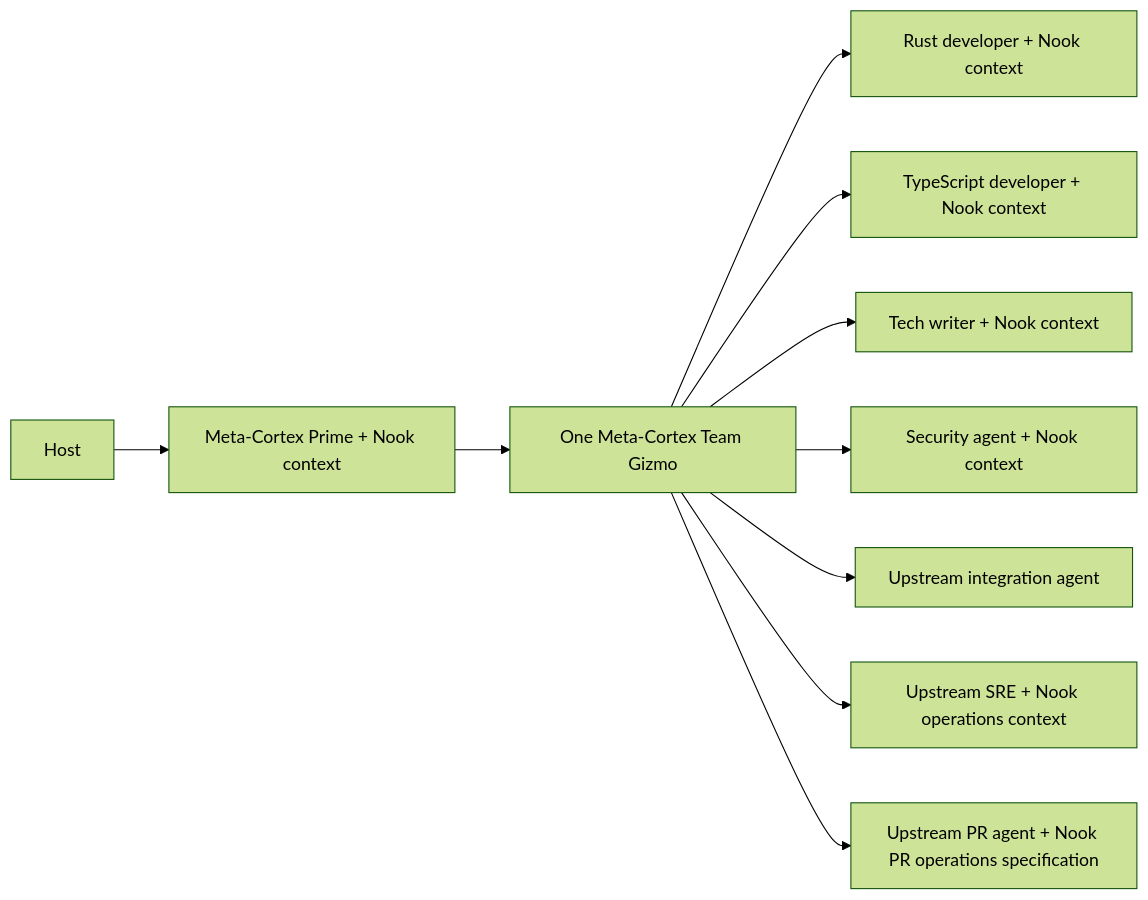
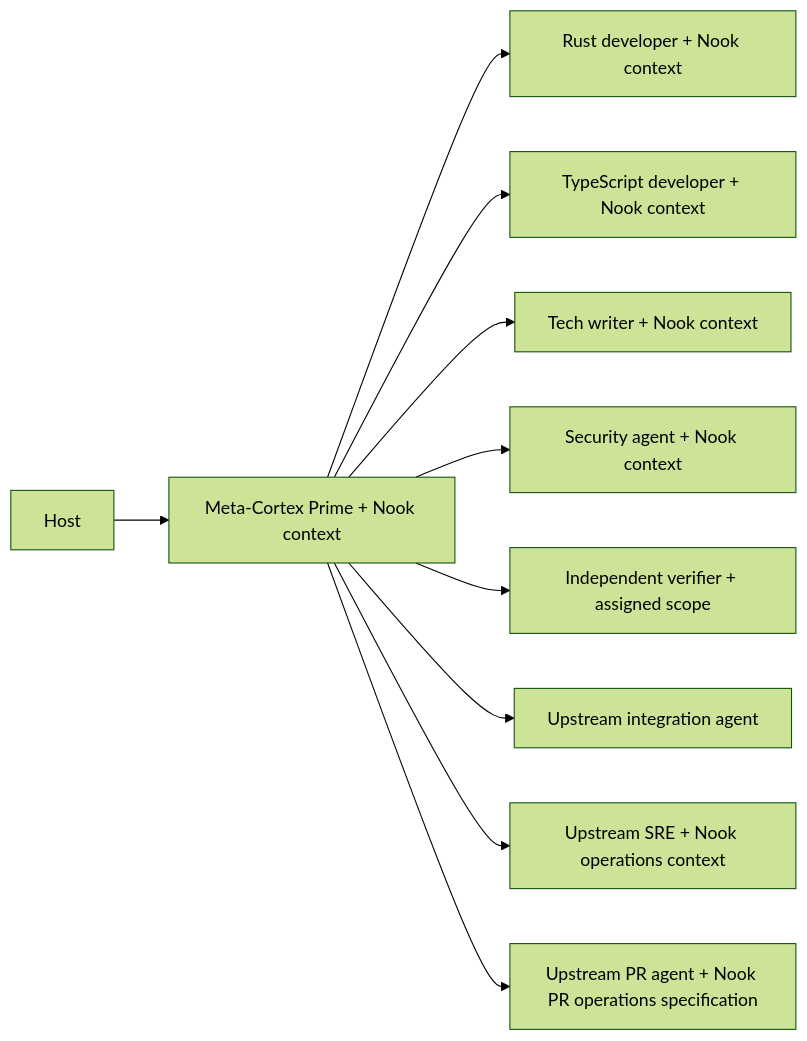
Before and after one commit to meta-secret/nook: the first of 2 diagrams in .cortex/docs/architecture/multiagent-delivery-diagrams.md, drawn with Mermaid (forest theme). The commit also changed other lines of this file and 57 other files, not shown here.

Commit message:
Upgrade Meta-Cortex to 0.21 with direct Prime coordination (#1768)

````diff
--- a/.cortex/docs/architecture/multiagent-delivery-diagrams.md
+++ b/.cortex/docs/architecture/multiagent-delivery-diagrams.md
@@ -9,12 +9,12 @@
 ```mermaid
 flowchart LR
     Host --> Prime["Meta-Cortex Prime + Nook context"]
-    Prime --> Team["One Meta-Cortex Team Gizmo"]
-    Team --> Rust["Rust developer + Nook context"]
-    Team --> TS["TypeScript developer + Nook context"]
-    Team --> Writer["Tech writer + Nook context"]
-    Team --> Security["Security agent + Nook context"]
-    Team --> Integration["Upstream integration agent"]
-    Team --> Operations["Upstream SRE + Nook operations context"]
-    Team --> PR["Upstream PR agent + Nook PR operations specification"]
+    Prime --> Rust["Rust developer + Nook context"]
+    Prime --> TS["TypeScript developer + Nook context"]
+    Prime --> Writer["Tech writer + Nook context"]
+    Prime --> Security["Security agent + Nook context"]
+    Prime --> Verifier["Independent verifier + assigned scope"]
+    Prime --> Integration["Upstream integration agent"]
+    Prime --> Operations["Upstream SRE + Nook operations context"]
+    Prime --> PR["Upstream PR agent + Nook PR operations specification"]
 ```
````
